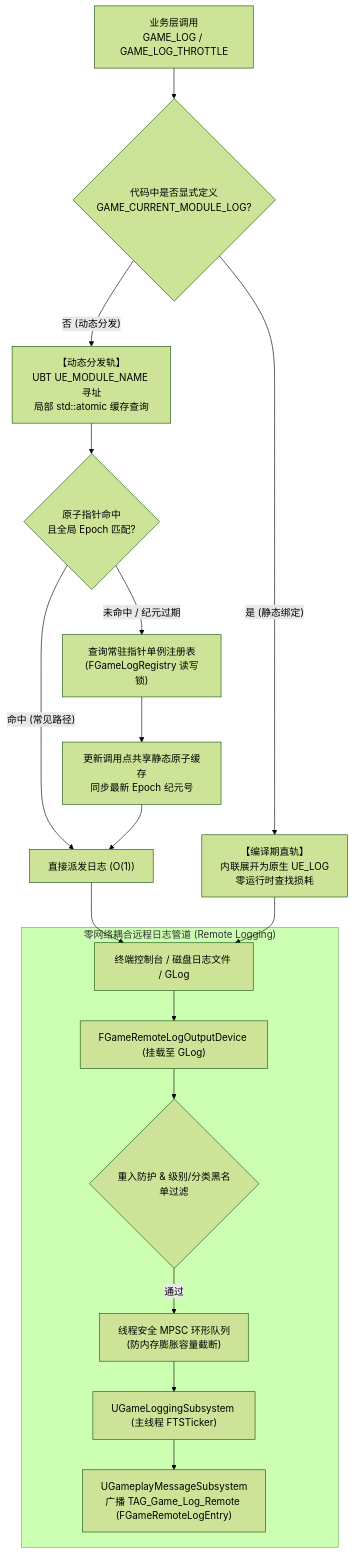
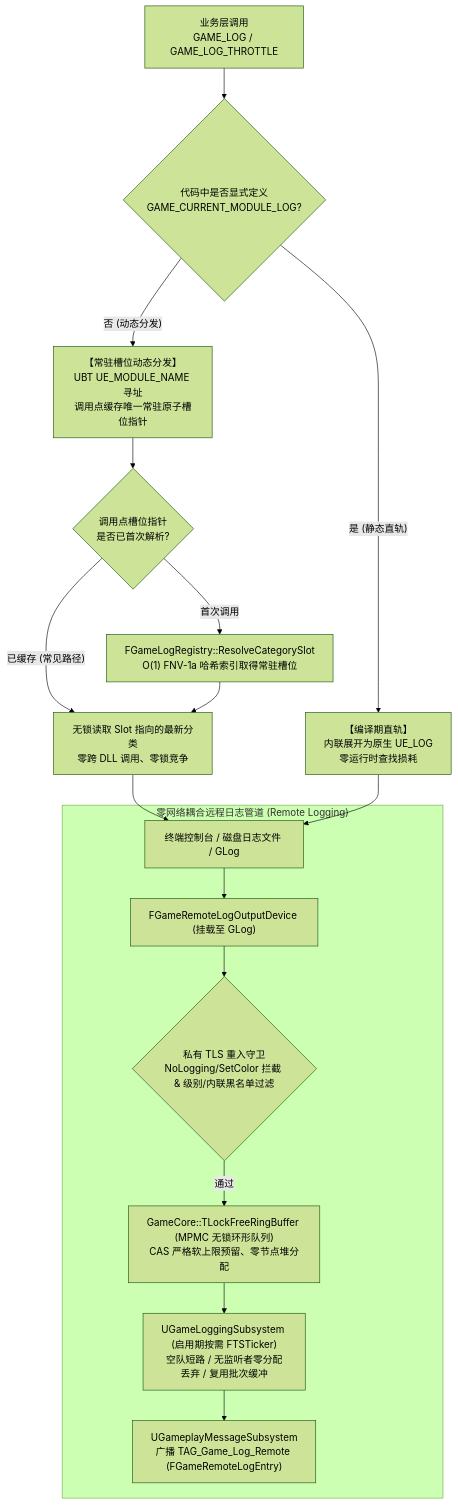
The diagram in Plugins/GameLogging/README.md (YIice-cwj/ue5-toolkit), drawn with Mermaid (forest theme) before and after one commit. The commit also changed other lines of this file and 33 other files, not shown here.

````diff
--- a/Plugins/GameLogging/README.md
+++ b/Plugins/GameLogging/README.md
@@ -9,24 +9,23 @@
 ```mermaid
 flowchart TD
     Call["业务层调用<br>GAME_LOG / GAME_LOG_THROTTLE"] --> Check{"代码中是否显式定义<br>GAME_CURRENT_MODULE_LOG?"}
-    
-    Check -- "是 (静态绑定)" --> CompileTrack["【编译期直轨】<br>内联展开为原生 UE_LOG<br>零运行时查找损耗"]
-    Check -- "否 (动态分发)" --> DynamicTrack["【动态分发轨】<br>UBT UE_MODULE_NAME 寻址<br>局部 std::atomic 缓存查询"]
-    
-    DynamicTrack --> CacheValid{"原子指针命中<br>且全局 Epoch 匹配?"}
-    CacheValid -- "命中 (常见路径)" --> FastPath["直接派发日志 (O(1))"]
-    CacheValid -- "未命中 / 纪元过期" --> SlowPath["查询常驻指针单例注册表<br>(FGameLogRegistry 读写锁)"]
-    SlowPath --> UpdateEpoch["更新调用点共享静态原子缓存<br>同步最新 Epoch 纪元号"]
-    UpdateEpoch --> FastPath
-    
+
+    Check -- "是 (静态直轨)" --> CompileTrack["【编译期直轨】<br>内联展开为原生 UE_LOG<br>零运行时查找损耗"]
+    Check -- "否 (动态分发)" --> DynamicTrack["【常驻槽位动态分发】<br>UBT UE_MODULE_NAME 寻址<br>调用点缓存唯一常驻原子槽位指针"]
+
+    DynamicTrack --> SlotCached{"调用点槽位指针<br>是否已首次解析?"}
+    SlotCached -- "已缓存 (常见路径)" --> FastPath["无锁读取 Slot 指向的最新分类<br>零跨 DLL 调用、零锁竞争"]
+    SlotCached -- "首次调用" --> SlowPath["FGameLogRegistry::ResolveCategorySlot<br>O(1) FNV-1a 哈希索引取得常驻槽位"]
+    SlowPath --> FastPath
+
     FastPath --> Output["终端控制台 / 磁盘日志文件 / GLog"]
     CompileTrack --> Output
 
     subgraph RemotePipeline["零网络耦合远程日志管道 (Remote Logging)"]
         Output --> Hook["FGameRemoteLogOutputDevice (挂载至 GLog)"]
-        Hook --> Guard{"重入防护 & 级别/分类黑名单过滤"}
-        Guard -- 通过 --> Queue["线程安全 MPSC 环形队列<br>(防内存膨胀容量截断)"]
-        Queue --> Ticker["UGameLoggingSubsystem (主线程 FTSTicker)"]
+        Hook --> Guard{"私有 TLS 重入守卫<br>NoLogging/SetColor 拦截 & 级别/内联黑名单过滤"}
+        Guard -- 通过 --> Queue["GameCore::TLockFreeRingBuffer (MPMC 无锁环形队列)<br>CAS 严格软上限预留、零节点堆分配"]
+        Queue --> Ticker["UGameLoggingSubsystem (启用期按需 FTSTicker)<br>空队短路 / 无监听者零分配丢弃 / 复用批次缓冲"]
         Ticker --> Bus["UGameplayMessageSubsystem<br>广播 TAG_Game_Log_Remote (FGameRemoteLogEntry)"]
     end
 ```
````
